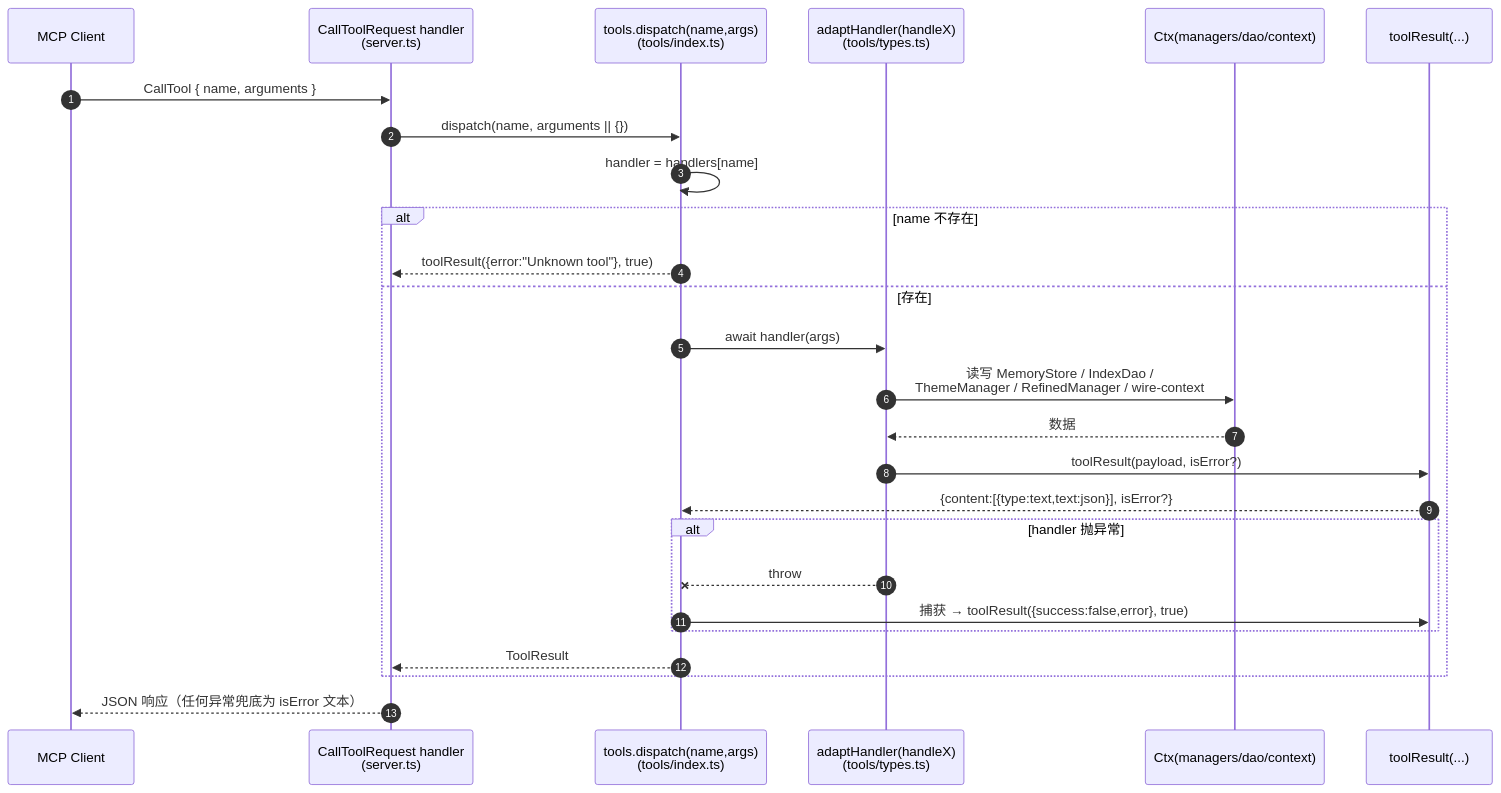
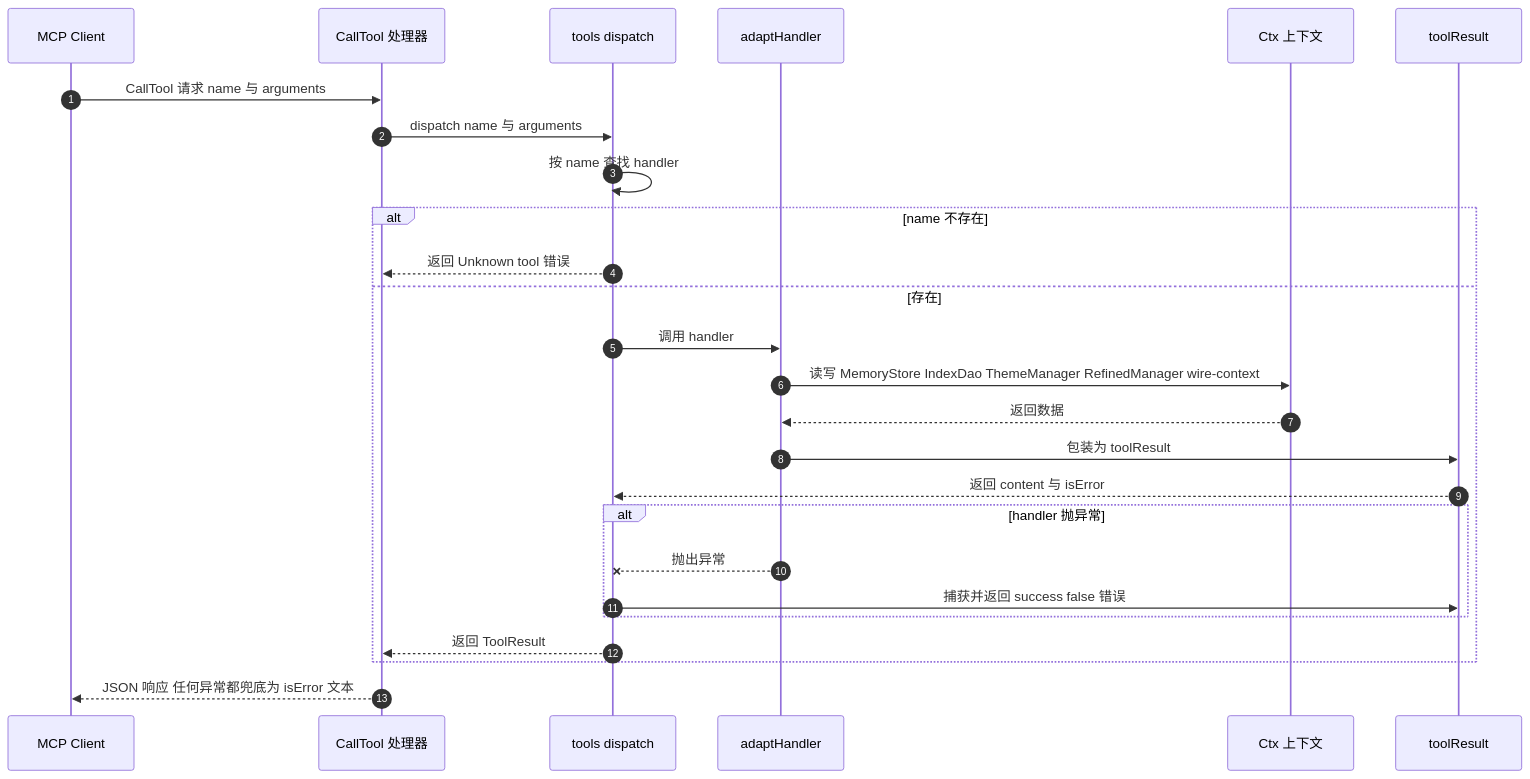
The sixth of 15 diagrams in docs/flow-charts.zh-CN.md (Zehee/kimi-code-memory-mcp-server), drawn with Mermaid before and after one commit. The commit also changed other lines of this file, not shown here.

Commit message:
docs: fix mermaid sequence diagram rendering on GitHub

````diff
--- a/docs/flow-charts.zh-CN.md
+++ b/docs/flow-charts.zh-CN.md
@@ -327,29 +327,29 @@
 ```mermaid
 sequenceDiagram
   autonumber
   participant C as MCP Client
-  participant H as CallToolRequest handler<br/>(server.ts)
-  participant D as tools.dispatch(name,args)<br/>(tools/index.ts)
-  participant HD as adaptHandler(handleX)<br/>(tools/types.ts)
-  participant CTX as Ctx(managers/dao/context)
-  participant R as toolResult(...)
+  participant H as CallTool 处理器
+  participant D as tools dispatch
+  participant HD as adaptHandler
+  participant CTX as Ctx 上下文
+  participant R as toolResult
 
-  C ->> H: CallTool { name, arguments }
-  H ->> D: dispatch(name, arguments || {})
-  D ->> D: handler = handlers[name]
+  C ->> H: CallTool 请求 name 与 arguments
+  H ->> D: dispatch name 与 arguments
+  D ->> D: 按 name 查找 handler
   alt name 不存在
-    D -->> H: toolResult({error:"Unknown tool"}, true)
+    D -->> H: 返回 Unknown tool 错误
   else 存在
-    D ->> HD: await handler(args)
-    HD ->> CTX: 读写 MemoryStore / IndexDao /<br/>ThemeManager / RefinedManager / wire-context
-    CTX -->> HD: 数据
-    HD ->> R: toolResult(payload, isError?)
-    R -->> D: {content:[{type:text,text:json}], isError?}
+    D ->> HD: 调用 handler
+    HD ->> CTX: 读写 MemoryStore IndexDao ThemeManager RefinedManager wire-context
+    CTX -->> HD: 返回数据
+    HD ->> R: 包装为 toolResult
+    R -->> D: 返回 content 与 isError
     alt handler 抛异常
-      HD --x D: throw
-      D ->> R: 捕获 → toolResult({success:false,error}, true)
+      HD --x D: 抛出异常
+      D ->> R: 捕获并返回 success false 错误
     end
-    D -->> H: ToolResult
+    D -->> H: 返回 ToolResult
   end
-  H -->> C: JSON 响应（任何异常兜底为 isError 文本）
+  H -->> C: JSON 响应 任何异常都兜底为 isError 文本
 ```
````
